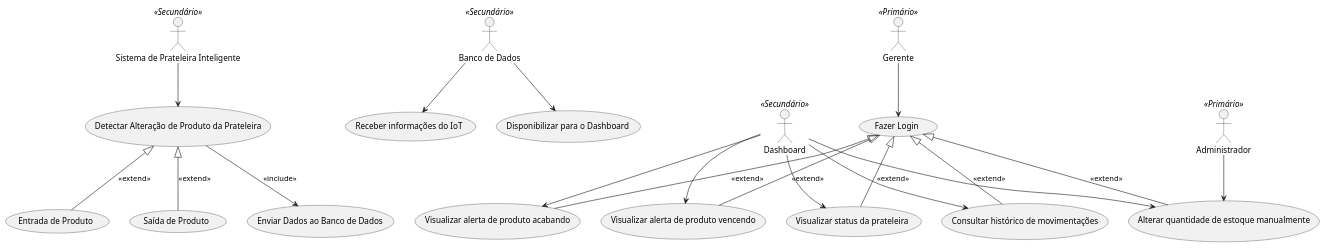
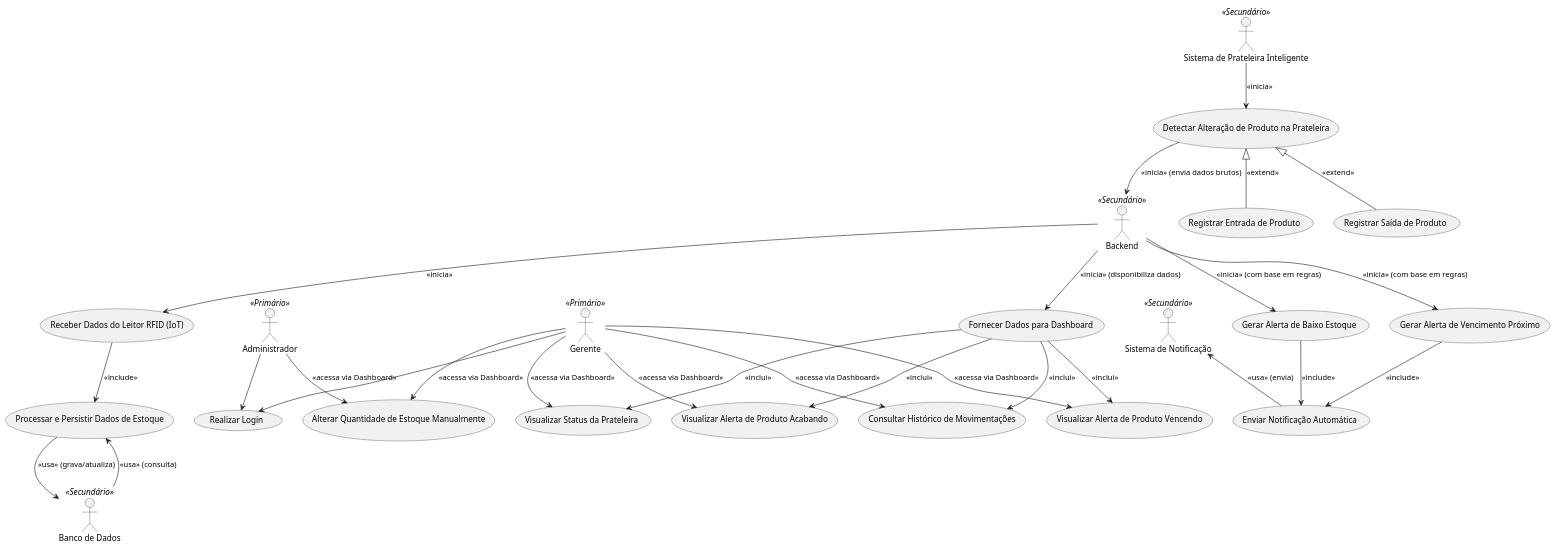
Before and after one commit to Harthuz/TCC-RFID: the diagram in docs/UMLs/Casos de Uso/casos de uso.puml, drawn with PlantUML. The commit also changed 1 other file, not shown here.

Commit message:
refactor: update use case diagram with additional actors and use cases

```diff
--- a/docs/UMLs/Casos de Uso/casos de uso.puml
+++ b/docs/UMLs/Casos de Uso/casos de uso.puml
@@ -1,43 +1,62 @@
 @startuml
 actor "Sistema de Prateleira Inteligente" as SPI <<Secundário>>
 actor "Banco de Dados" as BD <<Secundário>>
-actor "Dashboard" as Dashboard <<Secundário>>
 actor "Gerente" as Gerente <<Primário>>
 actor "Administrador" as Admin <<Primário>>
+actor "Sistema de Notificação" as NotificacaoSystem <<Secundário>>
+actor "Backend" as Backend <<Secundário>>
 
-usecase "Detectar Alteração de Produto da Prateleira" as Detectar
-usecase "Entrada de Produto" as Entrada
-usecase "Saída de Produto" as Saida
-usecase "Enviar Dados ao Banco de Dados" as Enviar
-usecase "Receber informações do IoT" as ReceberIoT
-usecase "Disponibilizar para o Dashboard" as DisponibilizarDashboard
-usecase "Fazer Login" as FazerLogin
-usecase "Consultar histórico de movimentações" as ConsultarHistorico
-usecase "Visualizar status da prateleira" as VisualizarStatus
-usecase "Visualizar alerta de produto acabando" as AlertaAcabando
-usecase "Visualizar alerta de produto vencendo" as AlertaVencendo
-usecase "Alterar quantidade de estoque manualmente" as AlterarEstoque
+usecase "Detectar Alteração de Produto na Prateleira" as Detectar
+usecase "Registrar Entrada de Produto" as Entrada
+usecase "Registrar Saída de Produto" as Saida
+usecase "Processar e Persistir Dados de Estoque" as ProcessarPersistir
+usecase "Receber Dados do Leitor RFID (IoT)" as ReceberIoT
+usecase "Fornecer Dados para Dashboard" as FornecerDashboard
+usecase "Realizar Login" as RealizarLogin
+usecase "Consultar Histórico de Movimentações" as ConsultarHistorico
+usecase "Visualizar Status da Prateleira" as VisualizarStatus
+usecase "Visualizar Alerta de Produto Acabando" as VisualizarAlertaAcabando
+usecase "Visualizar Alerta de Produto Vencendo" as VisualizarAlertaVencendo
+usecase "Alterar Quantidade de Estoque Manualmente" as AlterarEstoque
+usecase "Gerar Alerta de Baixo Estoque" as GerarAlertaAcabando
+usecase "Gerar Alerta de Vencimento Próximo" as GerarAlertaVencendo
+usecase "Enviar Notificação Automática" as EnviarNotificacao
 
-SPI --> Detectar
+' Relações do Sistema de Prateleira Inteligente (IoT)
+SPI --> Detectar : <<inicia>>
 Detectar <|-- Entrada : <<extend>>
 Detectar <|-- Saida : <<extend>>
-Detectar --> Enviar : <<include>>
+Detectar --> Backend : <<inicia>> (envia dados brutos)
 
-BD --> ReceberIoT
-BD --> DisponibilizarDashboard
+Backend --> ReceberIoT : <<inicia>>
+ReceberIoT --> ProcessarPersistir : <<include>>
+ProcessarPersistir --> BD : <<usa>> (grava/atualiza)
+BD --> ProcessarPersistir : <<usa>> (consulta)
 
-Gerente --> FazerLogin
-FazerLogin <|-- ConsultarHistorico : <<extend>>
-FazerLogin <|-- VisualizarStatus : <<extend>>
-FazerLogin <|-- AlertaAcabando : <<extend>>
-FazerLogin <|-- AlertaVencendo : <<extend>>
-FazerLogin <|-- AlterarEstoque : <<extend>>
+' Relações do Backend com alertas
+Backend --> GerarAlertaAcabando : <<inicia>> (com base em regras)
+Backend --> GerarAlertaVencendo : <<inicia>> (com base em regras)
+GerarAlertaAcabando --> EnviarNotificacao : <<include>>
+GerarAlertaVencendo --> EnviarNotificacao : <<include>>
 
-Dashboard --> ConsultarHistorico
-Dashboard --> VisualizarStatus
-Dashboard --> AlertaAcabando
-Dashboard --> AlertaVencendo
-Dashboard --> AlterarEstoque
+NotificacaoSystem <-- EnviarNotificacao : <<usa>> (envia)
 
-Admin --> AlterarEstoque
+' Relações com o Dashboard / Usuários
+Gerente --> RealizarLogin
+Admin --> RealizarLogin
+
+Gerente --> ConsultarHistorico : <<acessa via Dashboard>>
+Gerente --> VisualizarStatus : <<acessa via Dashboard>>
+Gerente --> VisualizarAlertaAcabando : <<acessa via Dashboard>>
+Gerente --> VisualizarAlertaVencendo : <<acessa via Dashboard>>
+
+Admin --> AlterarEstoque : <<acessa via Dashboard>>
+Gerente --> AlterarEstoque : <<acessa via Dashboard>>
+
+Backend --> FornecerDashboard : <<inicia>> (disponibiliza dados)
+FornecerDashboard --> ConsultarHistorico : <<inclui>>
+FornecerDashboard --> VisualizarStatus : <<inclui>>
+FornecerDashboard --> VisualizarAlertaAcabando : <<inclui>>
+FornecerDashboard --> VisualizarAlertaVencendo : <<inclui>>
+
 @enduml
```
